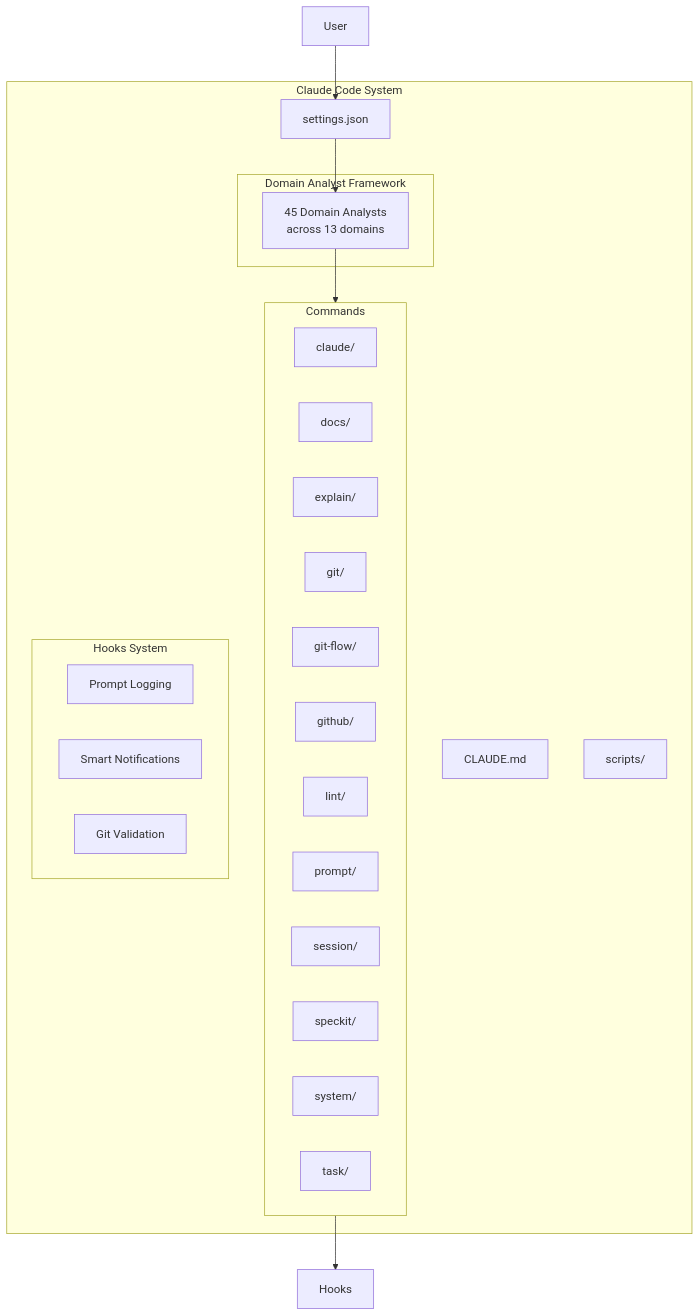
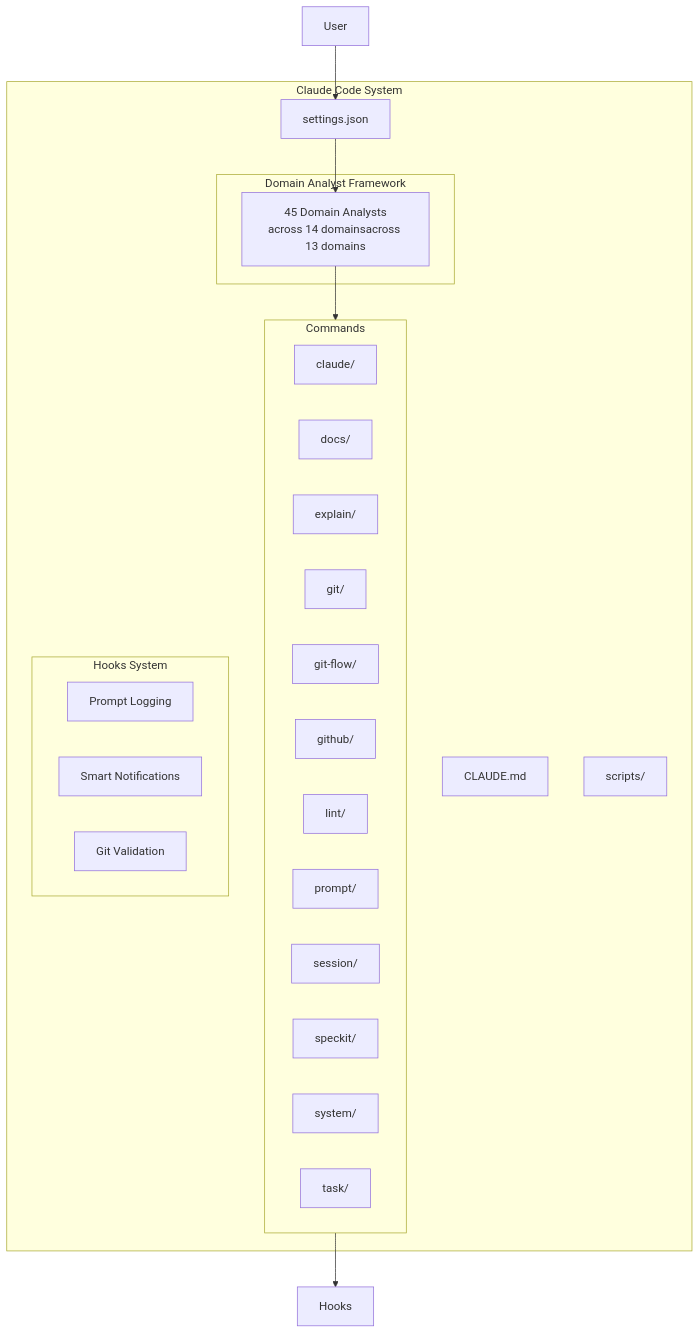
Before and after one commit to thomasholknielsen/claude-code-config: the diagram in docs/developer/developer-guide.md, drawn with Mermaid. The commit also changed other lines of this file and 23 other files, not shown here.

````diff
--- a/docs/developer/developer-guide.md
+++ b/docs/developer/developer-guide.md
@@ -10,38 +10,38 @@
 ```mermaid
 graph TB
     subgraph "Claude Code System"
         Settings[settings.json]
         Claude[CLAUDE.md]
         Scripts[scripts/]
 
         subgraph "Domain Analyst Framework"
-            DomainAnalysts[45 Domain Analysts<br/>across 13 domains]
+            DomainAnalysts[45 Domain Analysts<br/>across 14 domainsacross 13 domains]
         end
 
         subgraph "Commands"
             Claude_Cmd[claude/]
             Docs_Cmd[docs/]
             Explain_Cmd[explain/]
             Git_Cmd[git/]
             GitFlow_Cmd[git-flow/]
             GitHub_Cmd[github/]
             Lint_Cmd[lint/]
             Prompt_Cmd[prompt/]
             Session_Cmd[session/]
             SpecKit_Cmd[speckit/]
             System_Cmd[system/]
             Task_Cmd[task/]
         end
 
         subgraph "Hooks System"
             PromptLog[Prompt Logging]
             Notifications[Smart Notifications]
             GitValidation[Git Validation]
         end
     end
 
     User --> Settings
     Settings --> DomainAnalysts
     DomainAnalysts --> Commands
     Commands --> Hooks
 ```
````
